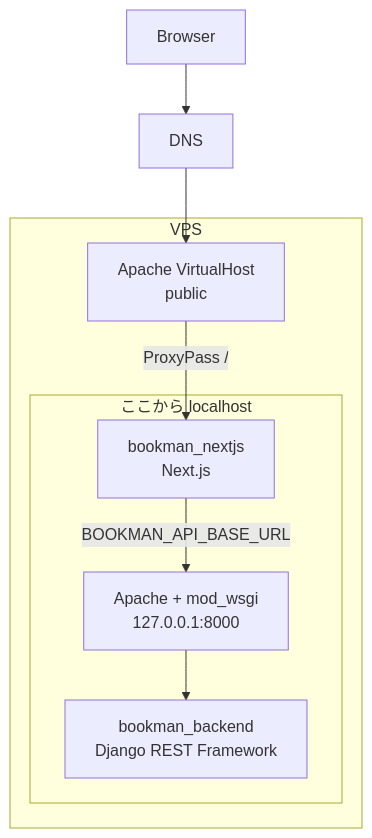
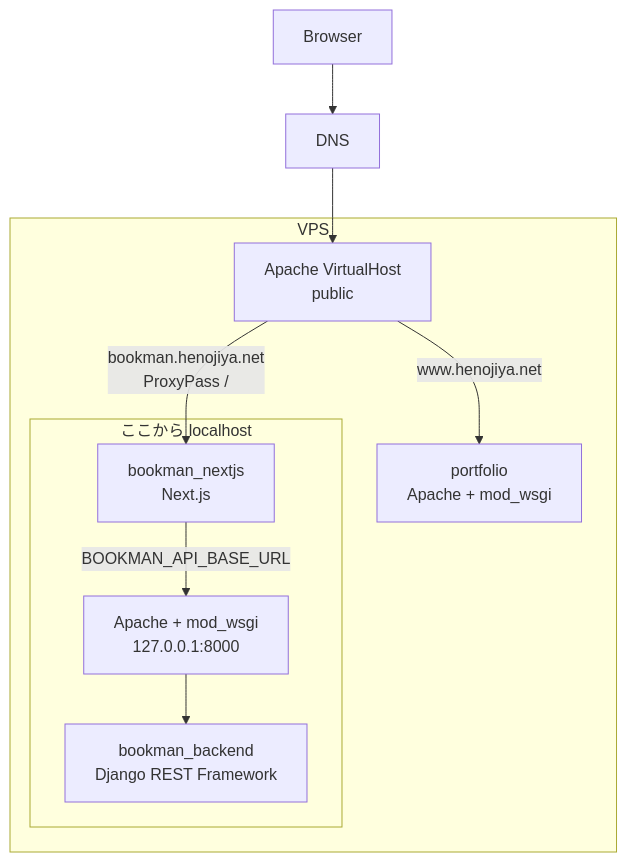
Before and after one commit to duri0214/portfolio: the diagram in docs/qiita/bookman_subdomain_deploy.md, drawn with Mermaid. The commit also changed other lines of this file, not shown here.

Commit message:
#887 Clarify Bookman deploy responsibilities

````diff
--- a/docs/qiita/bookman_subdomain_deploy.md
+++ b/docs/qiita/bookman_subdomain_deploy.md
@@ -45,21 +47,23 @@
 ```mermaid
 flowchart TB
   browser[Browser]
   dns[DNS]
 
   subgraph vps[VPS]
     apache[Apache VirtualHost<br>public]
+    portfolio[portfolio<br>Apache + mod_wsgi]
 
     subgraph localhost[ここから localhost]
       nextjs[bookman_nextjs<br>Next.js]
       backendApache[Apache + mod_wsgi<br>127.0.0.1:8000]
       drf[bookman_backend<br>Django REST Framework]
     end
   end
 
   browser --> dns
   dns --> apache
-  apache -->|ProxyPass /| nextjs
+  apache -->|www.henojiya.net| portfolio
+  apache -->|bookman.henojiya.net<br>ProxyPass /| nextjs
   nextjs -->|BOOKMAN_API_BASE_URL| backendApache
   backendApache --> drf
 ```
````
